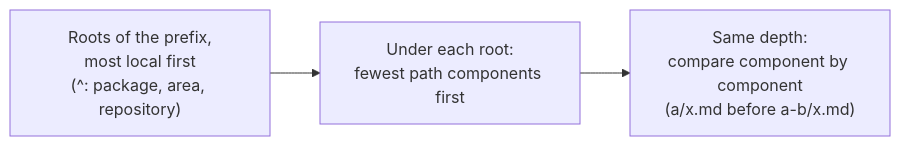
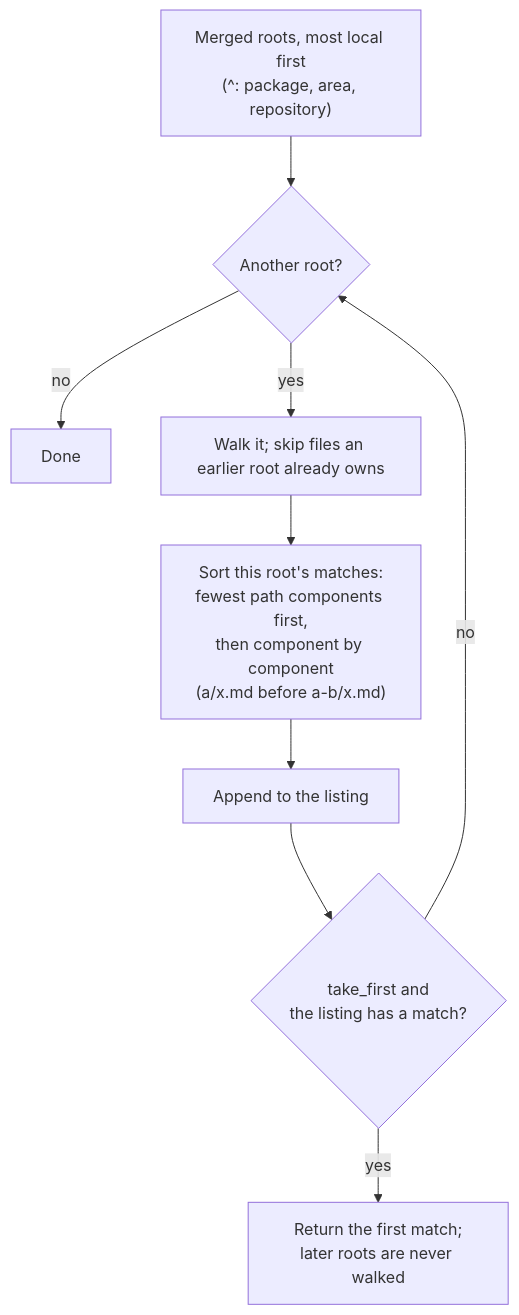
Before and after one commit to yankeeinlondon/rusty-biscuit: the third of 4 diagrams in biscuit-file/docs/topics/file-references.md, drawn with Mermaid. The commit also changed other lines of this file and 15 other files, not shown here.

````diff
--- a/biscuit-file/docs/topics/file-references.md
+++ b/biscuit-file/docs/topics/file-references.md
@@ -1094,5 +1126,11 @@
 ```mermaid
-flowchart LR
-    A["Roots of the prefix,<br/>most local first<br/>(^: package, area, repository)"] --> B["Under each root:<br/>fewest path components first"]
-    B --> C["Same depth:<br/>compare component by component<br/>(a/x.md before a-b/x.md)"]
+flowchart TD
+    A["Merged roots, most local first<br/>(^: package, area, repository)"] --> B{Another root?}
+    B -- no --> Z[Done]
+    B -- yes --> C["Walk it; skip files an earlier root already owns"]
+    C --> D["Sort this root's matches:<br/>fewest path components first,<br/>then component by component<br/>(a/x.md before a-b/x.md)"]
+    D --> E[Append to the listing]
+    E --> F{take_first and<br/>the listing has a match?}
+    F -- yes --> G["Return the first match;<br/>later roots are never walked"]
+    F -- no --> B
 ```
````
